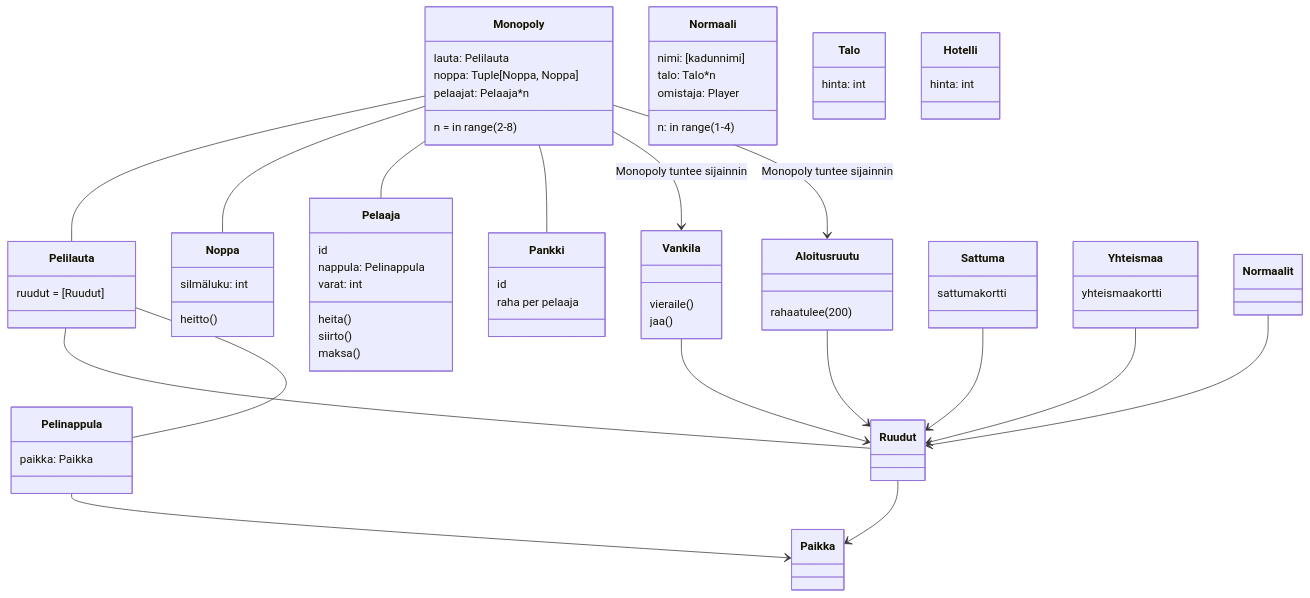
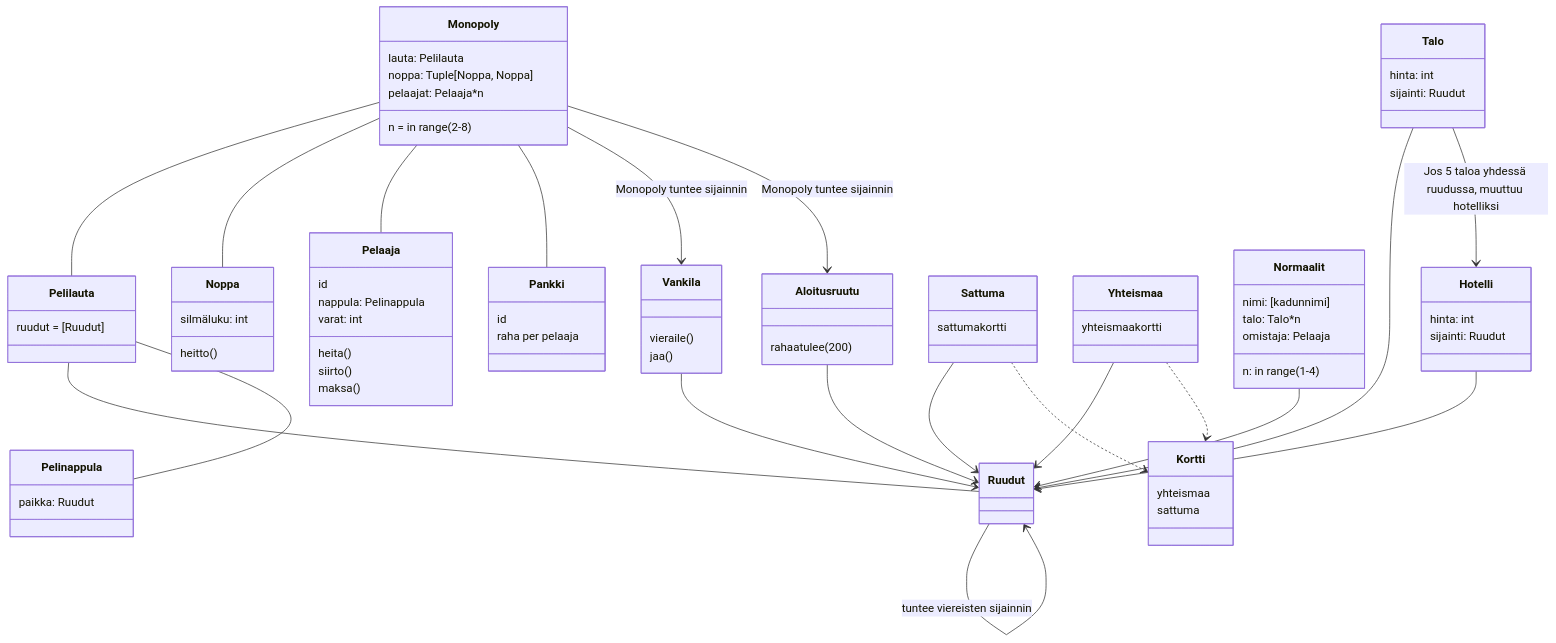
The diagram in laskarit/viikko3/Monopoli_luokkakaavio.md (lowdodo/ohte-harjoitustyo), drawn with Mermaid before and after one commit.

Commit message:
Luokkakaavio osa2

````diff
--- a/laskarit/viikko3/Monopoli_luokkakaavio.md
+++ b/laskarit/viikko3/Monopoli_luokkakaavio.md
@@ -7,61 +7,70 @@
 ```mermaid
     classDiagram
 
         class Monopoly{lauta: Pelilauta
         noppa: Tuple[Noppa, Noppa]
         n = in range(2-8)
         pelaajat: Pelaaja*n} 
 
         Monopoly -- Pelilauta
         Pelilauta -- Ruudut
         Monopoly -- Noppa
         Pelilauta -- Pelinappula
         Monopoly -- Pelaaja
         Monopoly -- Pankki
 
         Monopoly --> Vankila: Monopoly tuntee sijainnin
         Monopoly --> Aloitusruutu: Monopoly tuntee sijainnin
 
 
         class Pelilauta{ruudut = [Ruudut]}
 
         class Ruudut
 
         class Pankki{id
         raha per pelaaja}
         
         Vankila --> Ruudut
         Aloitusruutu --> Ruudut
         Sattuma --> Ruudut
         Yhteismaa --> Ruudut
         Normaalit --> Ruudut
-        Ruudut --> Paikka
+        Ruudut --> Ruudut: tuntee viereisten sijainnin
+
 
 
         class Vankila{vieraile()
         jaa()}
         class Aloitusruutu{rahaatulee(200)}
         class Sattuma{sattumakortti}
         class Yhteismaa{yhteismaakortti}
-        class Normaali{nimi: [kadunnimi]
+        class Normaalit{nimi: [kadunnimi]
         n: in range(1-4)
         talo: Talo*n
-        omistaja: Player}
+        omistaja: Pelaaja}
  
         class Noppa{silmäluku: int
         heitto()}
 
         class Pelaaja{id
         nappula: Pelinappula
         varat: int
         heita()
         siirto()
         maksa()
         }
 
-        class Pelinappula{paikka: Paikka}
-        Pelinappula --> Paikka
+        class Pelinappula{paikka: Ruudut}
+        class Kortti{yhteismaa
+        sattuma}
+        Yhteismaa ..> Kortti
+        Sattuma ..> Kortti
 
-        class Talo{hinta: int}
-        class Hotelli{hinta: int}
+        Talo --> Ruudut
+        Hotelli --> Ruudut
+        Talo --> Hotelli: Jos 5 taloa yhdessä ruudussa, muuttuu hotelliksi
+        class Talo{hinta: int
+        sijainti: Ruudut}
+        class Hotelli{hinta: int
+        sijainti: Ruudut}
 ```
````
